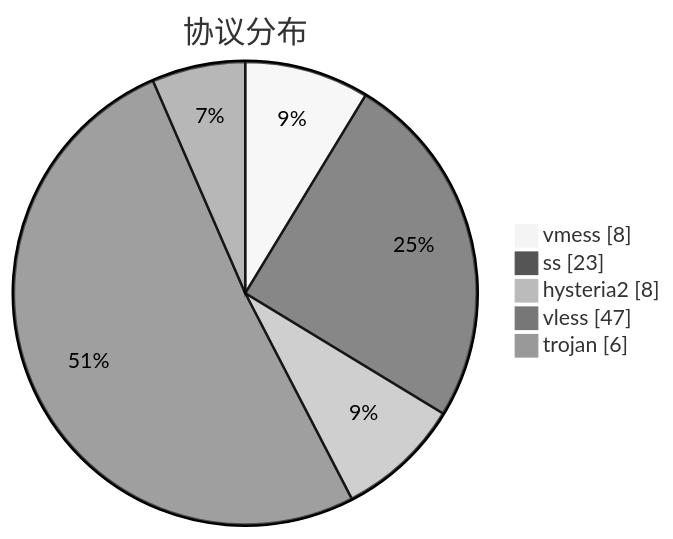
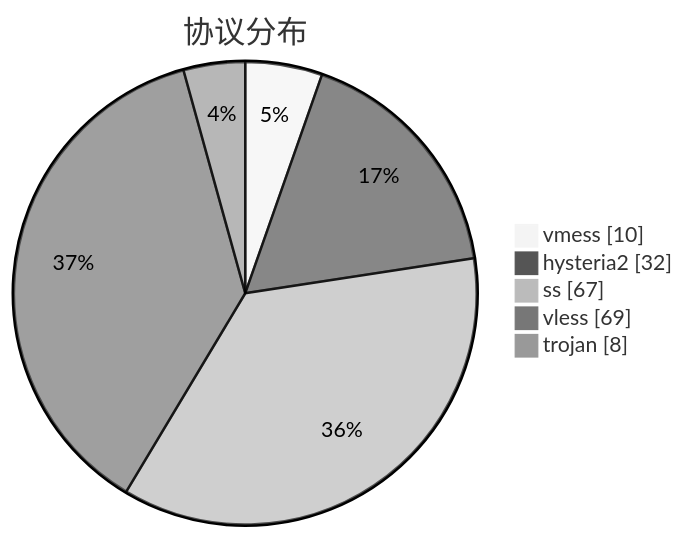
One commit to sinspired/airport changed the third of 3 diagrams in subs/statistics/tested_within.md. Above: the diagram before and after it, drawn with Mermaid (neutral theme). The commit also changed other lines of this file and 2 other files, not shown here.

````diff
--- a/subs/statistics/tested_within.md
+++ b/subs/statistics/tested_within.md
@@ -34,9 +45,9 @@
 ```mermaid
 pie showData
 title 协议分布
-"vmess" : 8
-"ss" : 23
-"hysteria2" : 8
-"vless" : 47
-"trojan" : 6
+"vmess" : 10
+"hysteria2" : 32
+"ss" : 67
+"vless" : 69
+"trojan" : 8
 ```
````
